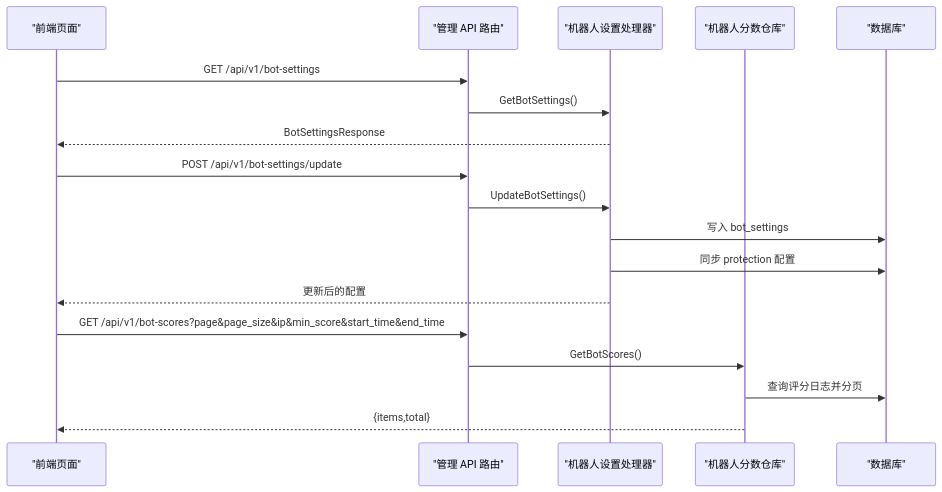
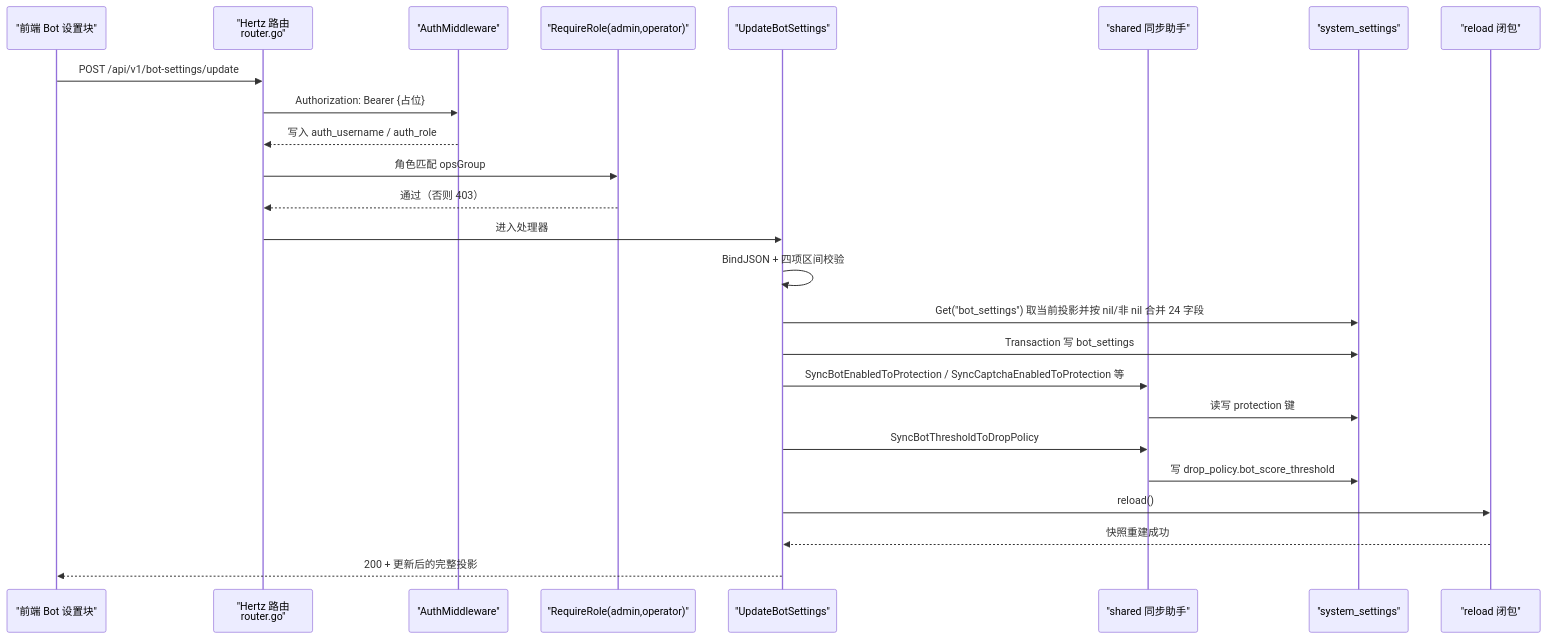
The third of 8 diagrams in docs/管理 API 系统/机器人保护 API.md (x01n/My-OpenWaf), drawn with Mermaid before and after one commit. The commit also changed other lines of this file and 622 other files, not shown here.

````diff
--- a/docs/管理 API 系统/机器人保护 API.md
+++ b/docs/管理 API 系统/机器人保护 API.md
@@ -85,20 +189,27 @@
 ```mermaid
 sequenceDiagram
-participant FE as "前端页面"
-participant API as "管理 API 路由"
-participant HBot as "机器人设置处理器"
-participant Repo as "机器人分数仓库"
-participant DB as "数据库"
-FE->>API : GET /api/v1/bot-settings
-API->>HBot : GetBotSettings()
-HBot-->>FE : BotSettingsResponse
+participant FE as "前端 Bot 设置块"
+participant API as "Hertz 路由<br/>router.go"
+participant Auth as "AuthMiddleware"
+participant Role as "RequireRole(admin,operator)"
+participant H as "UpdateBotSettings"
+participant SH as "shared 同步助手"
+participant DB as "system_settings"
+participant RL as "reload 闭包"
 FE->>API : POST /api/v1/bot-settings/update
-API->>HBot : UpdateBotSettings()
-HBot->>DB : 写入 bot_settings
-HBot->>DB : 同步 protection 配置
-HBot-->>FE : 更新后的配置
-FE->>API : GET /api/v1/bot-scores?page&page_size&ip&min_score&start_time&end_time
-API->>Repo : GetBotScores()
-Repo->>DB : 查询评分日志并分页
-Repo-->>FE : {items,total}
+API->>Auth : Authorization: Bearer {占位}
+Auth-->>API : 写入 auth_username / auth_role
+API->>Role : 角色匹配 opsGroup
+Role-->>API : 通过（否则 403）
+API->>H : 进入处理器
+H->>H : BindJSON + 四项区间校验
+H->>DB : Get("bot_settings") 取当前投影并按 nil/非 nil 合并 24 字段
+H->>DB : Transaction 写 bot_settings
+H->>SH : SyncBotEnabledToProtection / SyncCaptchaEnabledToProtection 等
+SH->>DB : 读写 protection 键
+H->>SH : SyncBotThresholdToDropPolicy
+SH->>DB : 写 drop_policy.bot_score_threshold
+H->>RL : reload()
+RL-->>H : 快照重建成功
+H-->>FE : 200 + 更新后的完整投影
 ```
````
